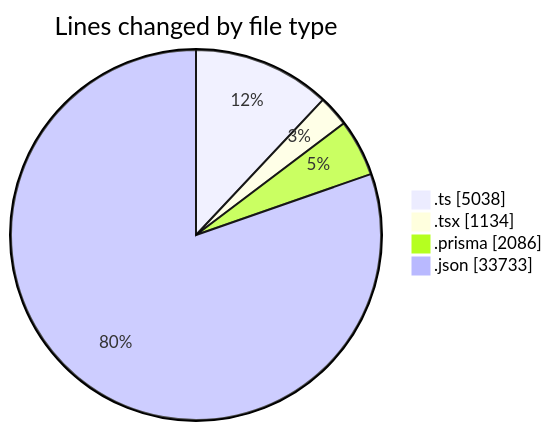
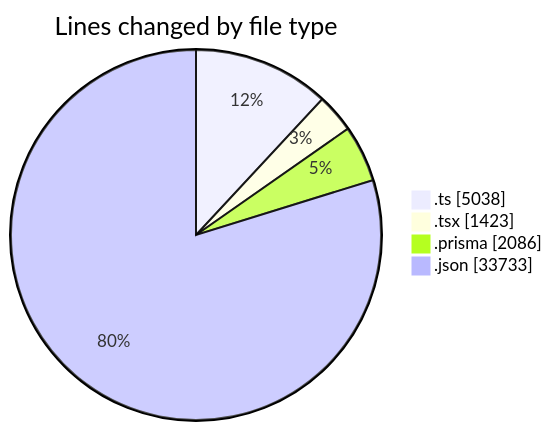
Before and after one commit to CELIANVF/code-tracking: the first of 2 diagrams in 2025-05-19/ecodeli-1/README.md, drawn with Mermaid. The commit also changed other lines of this file and 1 other file, not shown here.

````diff
--- a/2025-05-19/ecodeli-1/README.md
+++ b/2025-05-19/ecodeli-1/README.md
@@ -41,8 +43,8 @@
 ```mermaid
 pie showData
 title Lines changed by file type
 ".ts" : 5038
-".tsx" : 1134
+".tsx" : 1423
 ".prisma" : 2086
 ".json" : 33733
 ```
````
